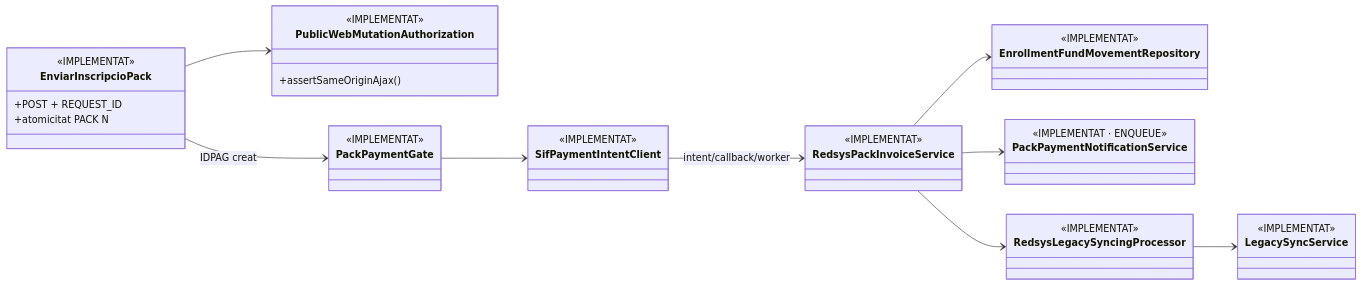
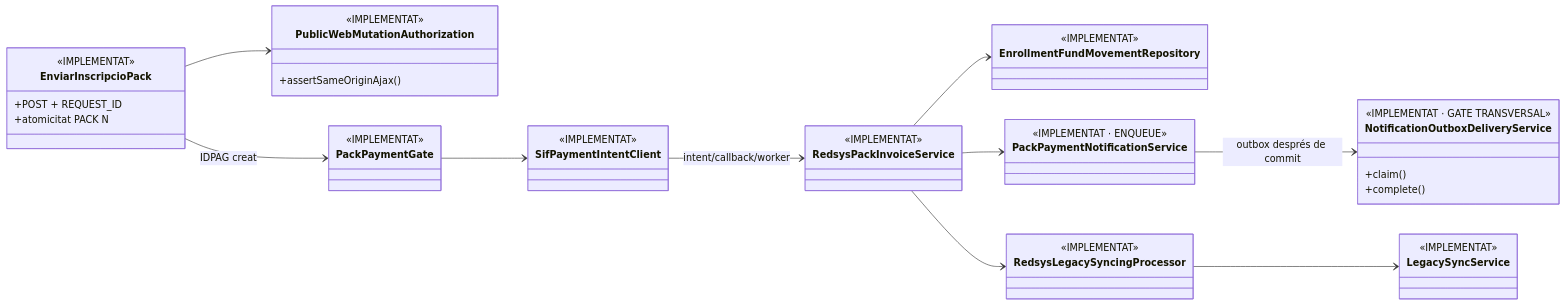
The third of 3 diagrams in documentacio/07-uml-integrat/uc-015-classes-actual-final.md (orgmeriemprismacat-del/verifactu), drawn with Mermaid before and after one commit. The commit also changed other lines of this file, not shown here.

Commit message:
docs(UC-015): incorporar delivery gate als diagrames de classes

````diff
--- a/documentacio/07-uml-integrat/uc-015-classes-actual-final.md
+++ b/documentacio/07-uml-integrat/uc-015-classes-actual-final.md
@@ -151,43 +157,49 @@
 ```mermaid
 classDiagram
 direction LR
 class PublicWebMutationAuthorization {
   <<IMPLEMENTAT>>
   +assertSameOriginAjax()
 }
 class EnviarInscripcioPack {
   <<IMPLEMENTAT>>
   +POST + REQUEST_ID
   +atomicitat PACK N
 }
 class PackPaymentGate {
   <<IMPLEMENTAT>>
 }
 class SifPaymentIntentClient {
   <<IMPLEMENTAT>>
 }
 class RedsysPackInvoiceService {
   <<IMPLEMENTAT>>
 }
 class EnrollmentFundMovementRepository {
   <<IMPLEMENTAT>>
 }
 class PackPaymentNotificationService {
   <<IMPLEMENTAT · ENQUEUE>>
 }
+class NotificationOutboxDeliveryService {
+  <<IMPLEMENTAT · GATE TRANSVERSAL>>
+  +claim()
+  +complete()
+}
 class RedsysLegacySyncingProcessor {
   <<IMPLEMENTAT>>
 }
 class LegacySyncService {
   <<IMPLEMENTAT>>
 }
 
 EnviarInscripcioPack --> PublicWebMutationAuthorization
 EnviarInscripcioPack --> PackPaymentGate : IDPAG creat
 PackPaymentGate --> SifPaymentIntentClient
 SifPaymentIntentClient --> RedsysPackInvoiceService : intent/callback/worker
 RedsysPackInvoiceService --> EnrollmentFundMovementRepository
 RedsysPackInvoiceService --> PackPaymentNotificationService
+PackPaymentNotificationService --> NotificationOutboxDeliveryService : outbox després de commit
 RedsysPackInvoiceService --> RedsysLegacySyncingProcessor
 RedsysLegacySyncingProcessor --> LegacySyncService
 ```
````
